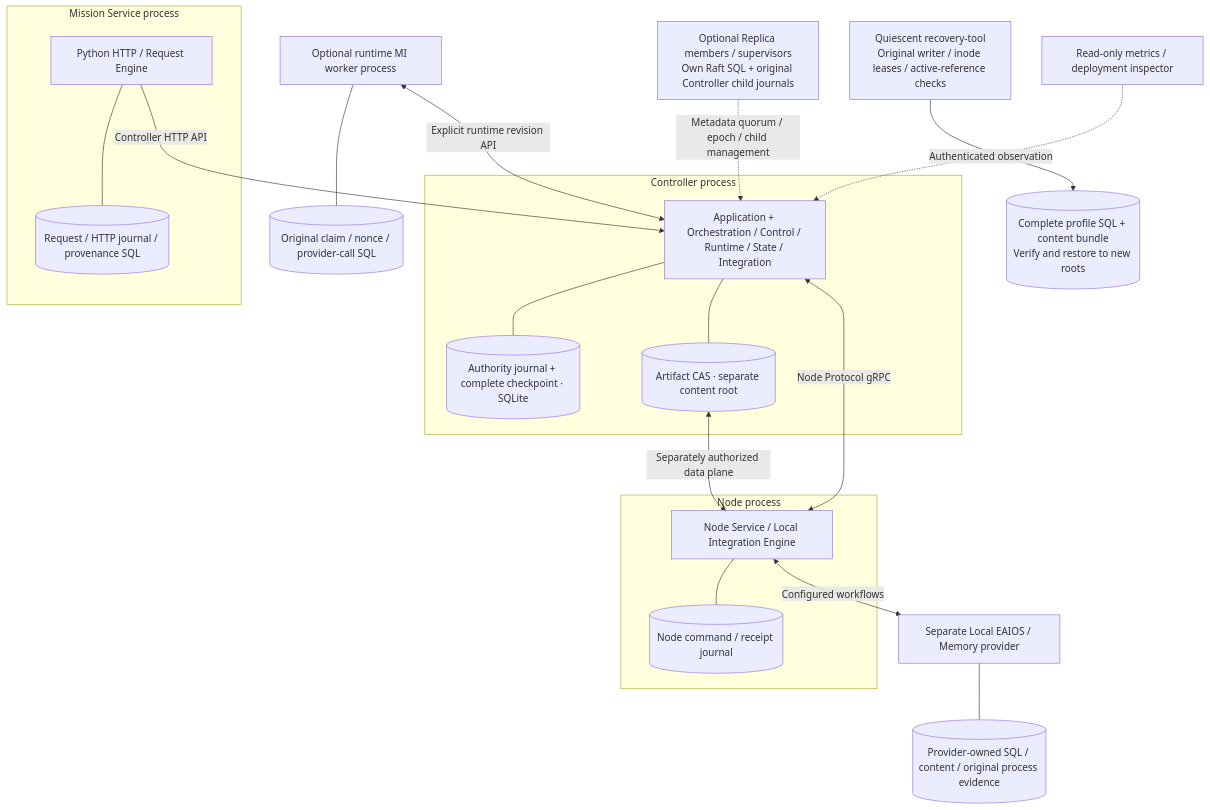
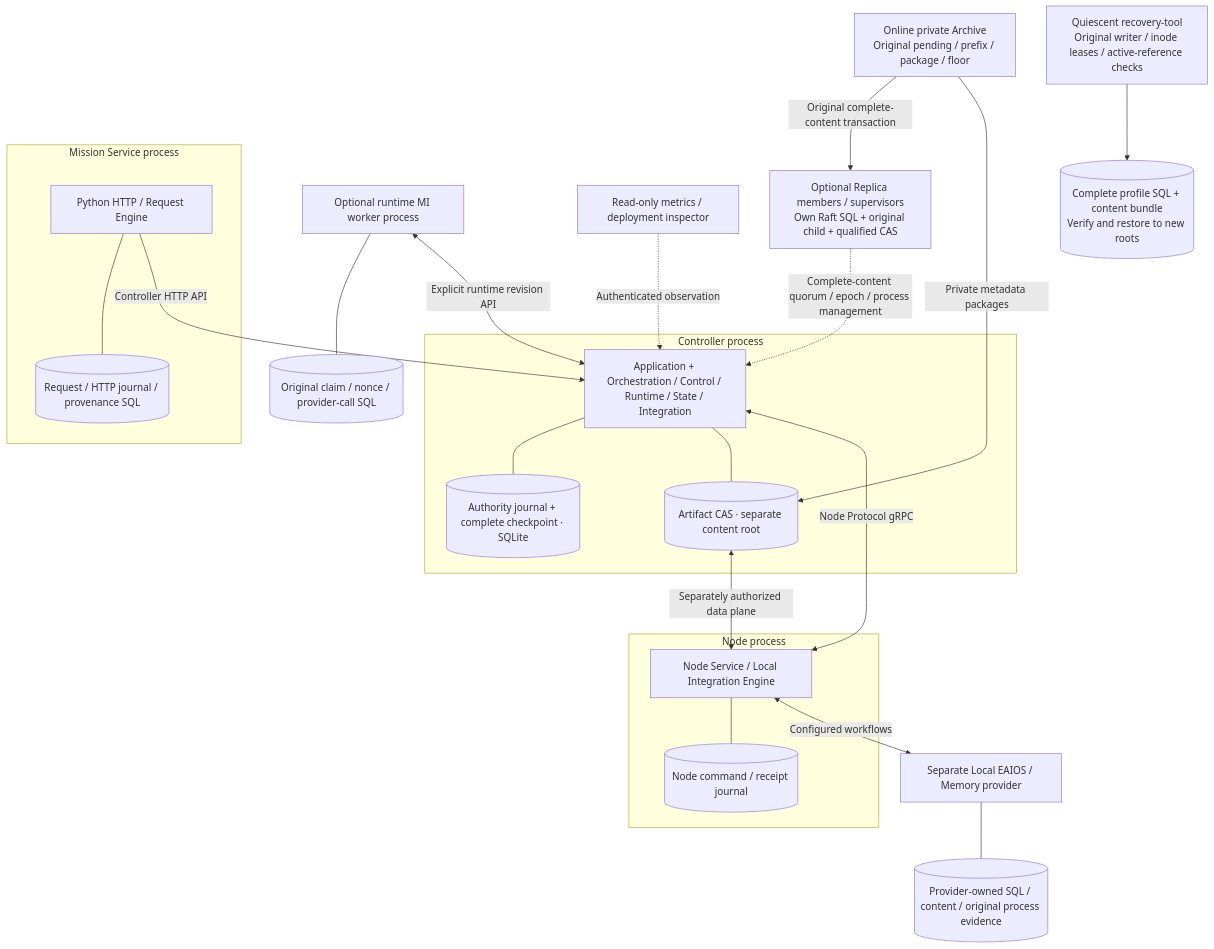
The third of 4 diagrams in docs/architecture/v2/current-architecture.en.md (Farewell-CK/RoboGuide), drawn with Mermaid before and after one commit. The commit also changed other lines of this file and 120 other files, not shown here.

````diff
--- a/docs/architecture/v2/current-architecture.en.md
+++ b/docs/architecture/v2/current-architecture.en.md
@@ -129,25 +129,27 @@
 ```mermaid
 flowchart TB
   %% roboguide:min-width: 1440px
   subgraph MIP[Mission Service process]
     MS[Python HTTP / Request Engine] --- RQ[(Request / HTTP journal / provenance SQL)]
   end
   MW[Optional runtime MI worker process] --- WQ[(Original claim / nonce / provider-call SQL)]
   MS -->|Controller HTTP API| APP
   MW <-->|Explicit runtime revision API| APP
   subgraph CP[Controller process]
     APP[Application + Orchestration / Control / Runtime / State / Integration]
     APP --- DB[(Authority journal + complete checkpoint · SQLite)]
     APP --- CAS[(Artifact CAS · separate content root)]
   end
   subgraph NP[Node process]
     NODE[Node Service / Local Integration Engine] --- NJ[(Node command / receipt journal)]
   end
   APP <-->|Node Protocol gRPC| NODE
   NODE <-->|Configured workflows| LOCAL[Separate Local EAIOS / Memory provider]
   LOCAL --- PS[(Provider-owned SQL / content / original process evidence)]
   CAS <-->|Separately authorized data plane| NODE
-  HA[Optional Replica members / supervisors<br/>Own Raft SQL + original Controller child journals] -.Metadata quorum / epoch / child management.-> APP
+  HA[Optional Replica members / supervisors<br/>Own Raft SQL + original child + qualified CAS] -.Complete-content quorum / epoch / process management.-> APP
+  AR[Online private Archive<br/>Original pending / prefix / package / floor] -->|Original complete-content transaction| HA
+  AR -->|Private metadata packages| CAS
   REC[Quiescent recovery-tool<br/>Original writer / inode leases / active-reference checks] --> BUNDLE[(Complete profile SQL + content bundle<br/>Verify and restore to new roots)]
   OBS[Read-only metrics / deployment inspector] -.Authenticated observation.-> APP
 ```
````
